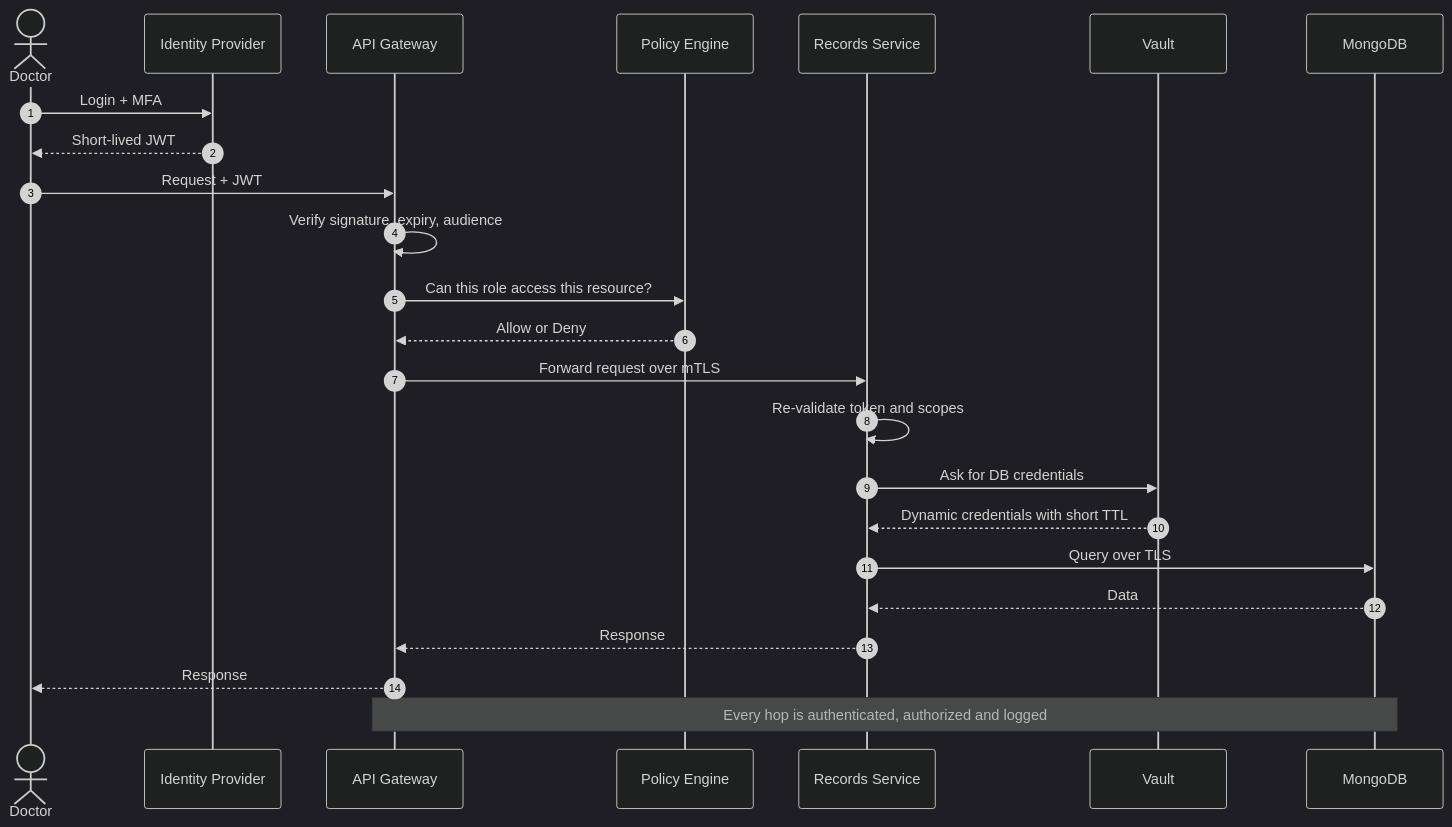
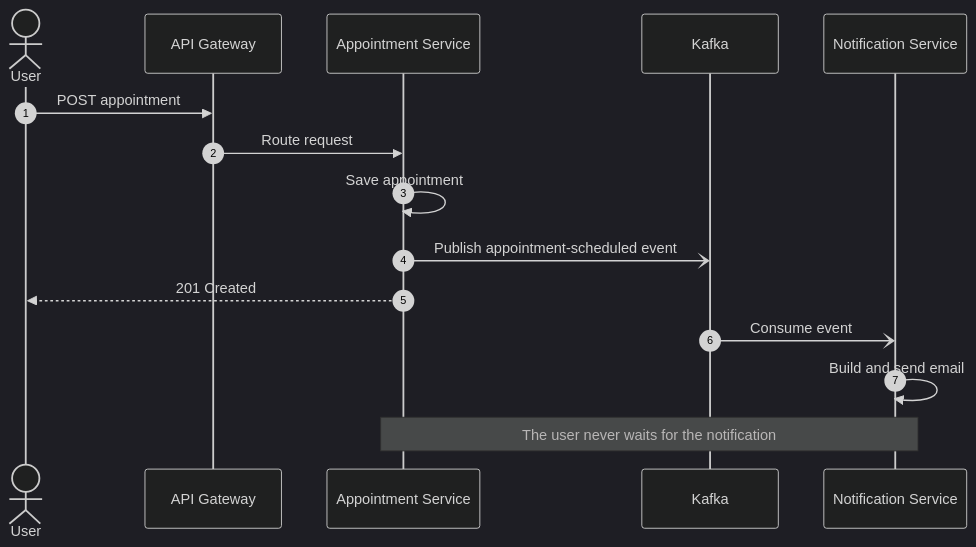
Before and after one commit to mohamedbenzraidi/mohamedbenzraidi: the fourth of 4 diagrams in README.md, drawn with Mermaid (dark theme). The commit also changed other lines of this file, not shown here.

````diff
--- a/README.md
+++ b/README.md
@@ -181,26 +191,17 @@
 ```mermaid
 sequenceDiagram
     autonumber
-    actor U as Doctor
-    participant IDP as Identity Provider
+    actor U as User
     participant GW as API Gateway
-    participant OPA as Policy Engine
-    participant S as Records Service
-    participant V as Vault
-    participant DB as MongoDB
-    U->>IDP: Login + MFA
-    IDP-->>U: Short-lived JWT
-    U->>GW: Request + JWT
-    GW->>GW: Verify signature, expiry, audience
-    GW->>OPA: Can this role access this resource?
-    OPA-->>GW: Allow or Deny
-    GW->>S: Forward request over mTLS
-    S->>S: Re-validate token and scopes
-    S->>V: Ask for DB credentials
-    V-->>S: Dynamic credentials with short TTL
-    S->>DB: Query over TLS
-    DB-->>S: Data
-    S-->>GW: Response
-    GW-->>U: Response
-    Note over GW,DB: Every hop is authenticated, authorized and logged
+    participant AP as Appointment Service
+    participant K as Kafka
+    participant NO as Notification Service
+    U->>GW: POST appointment
+    GW->>AP: Route request
+    AP->>AP: Save appointment
+    AP-)K: Publish appointment-scheduled event
+    AP-->>U: 201 Created
+    K-)NO: Consume event
+    NO->>NO: Build and send email
+    Note over AP,NO: The user never waits for the notification
 ```
````
